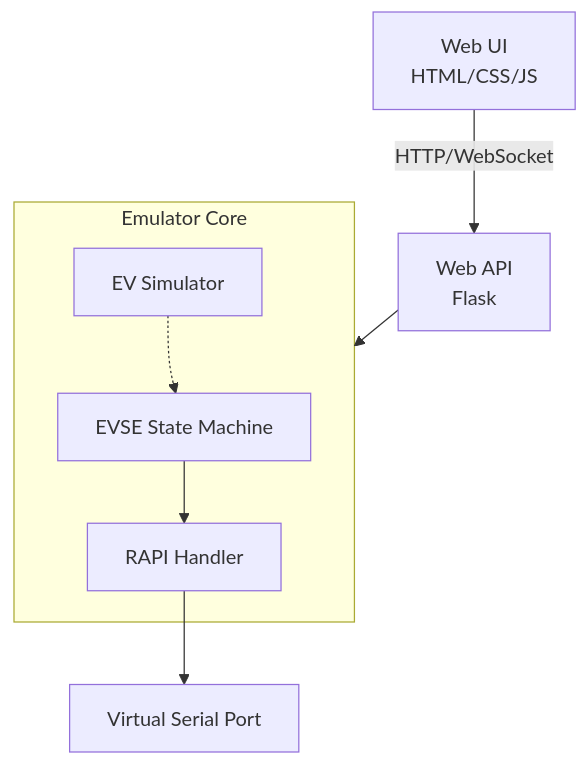
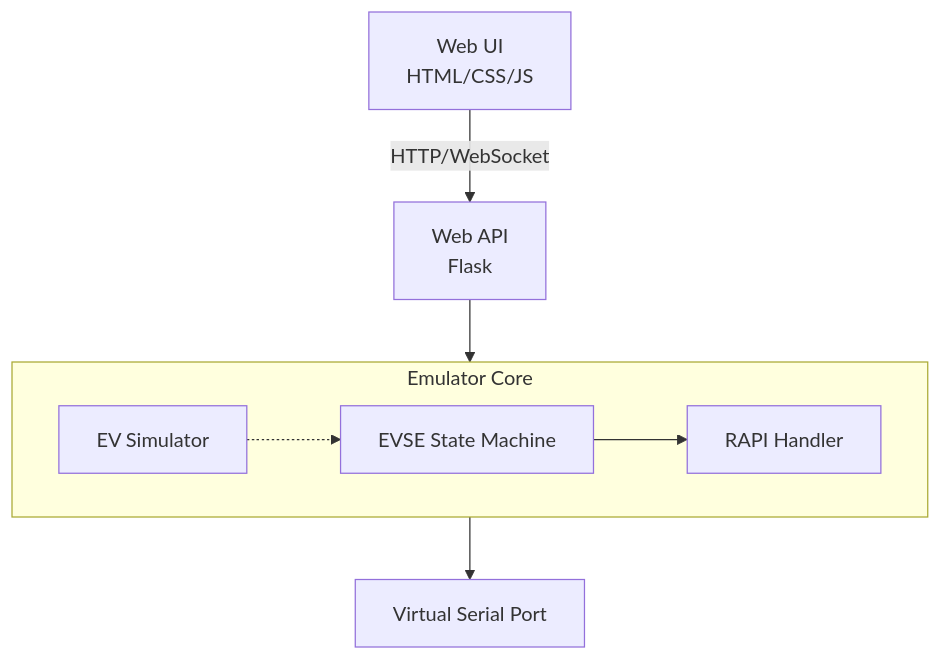
Before and after one commit to jeremypoulter/OpenEVSE_Emulator: the diagram in README.md, drawn with Mermaid. The commit also changed 1 other file, not shown here.

Commit message:
Improve Mermaid diagram structure for better scoping

````diff
--- a/README.md
+++ b/README.md
@@ -294,14 +294,15 @@
 ```mermaid
 graph TD
     A[Web UI<br/>HTML/CSS/JS] -->|HTTP/WebSocket| B[Web API<br/>Flask]
     B --> EmulatorCore
     
     subgraph EmulatorCore[Emulator Core]
         D[EVSE State Machine]
         E[EV Simulator]
+        F[RAPI Handler]
         E -.-> D
-        D --> F[RAPI Handler]
+        D --> F
     end
     
-    F --> G[Virtual Serial Port]
+    EmulatorCore --> G[Virtual Serial Port]
 ```
````
